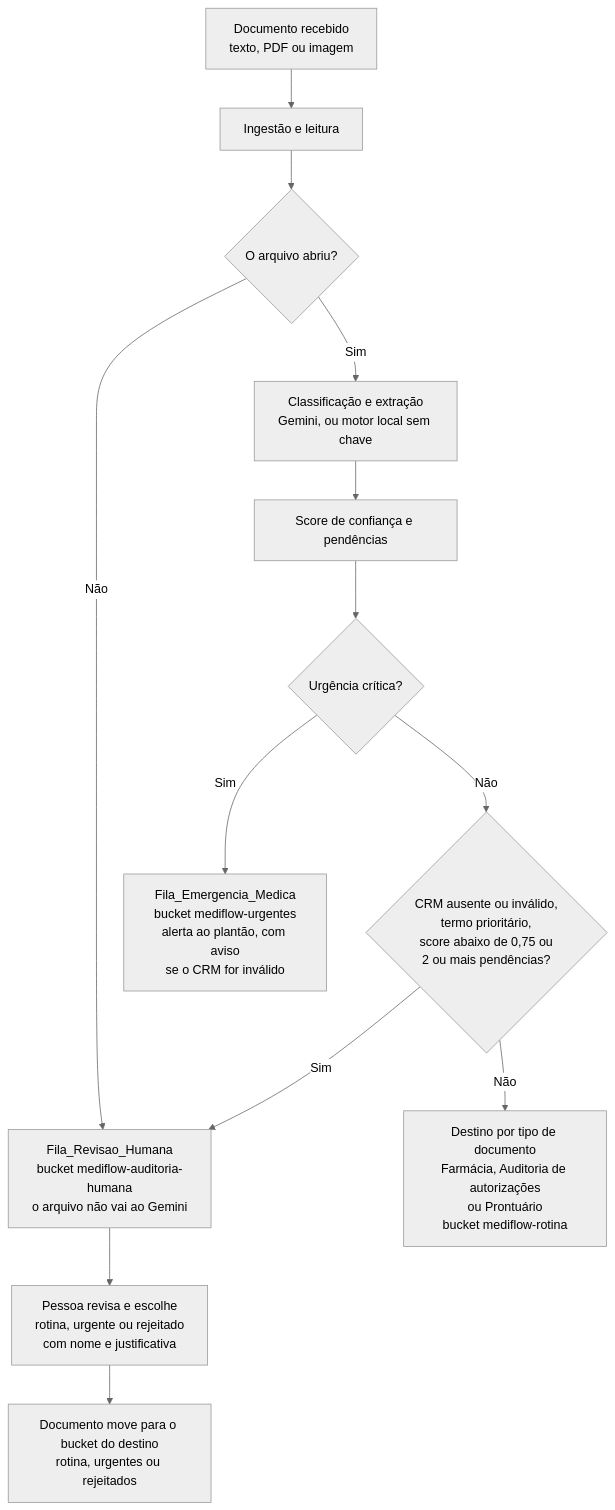
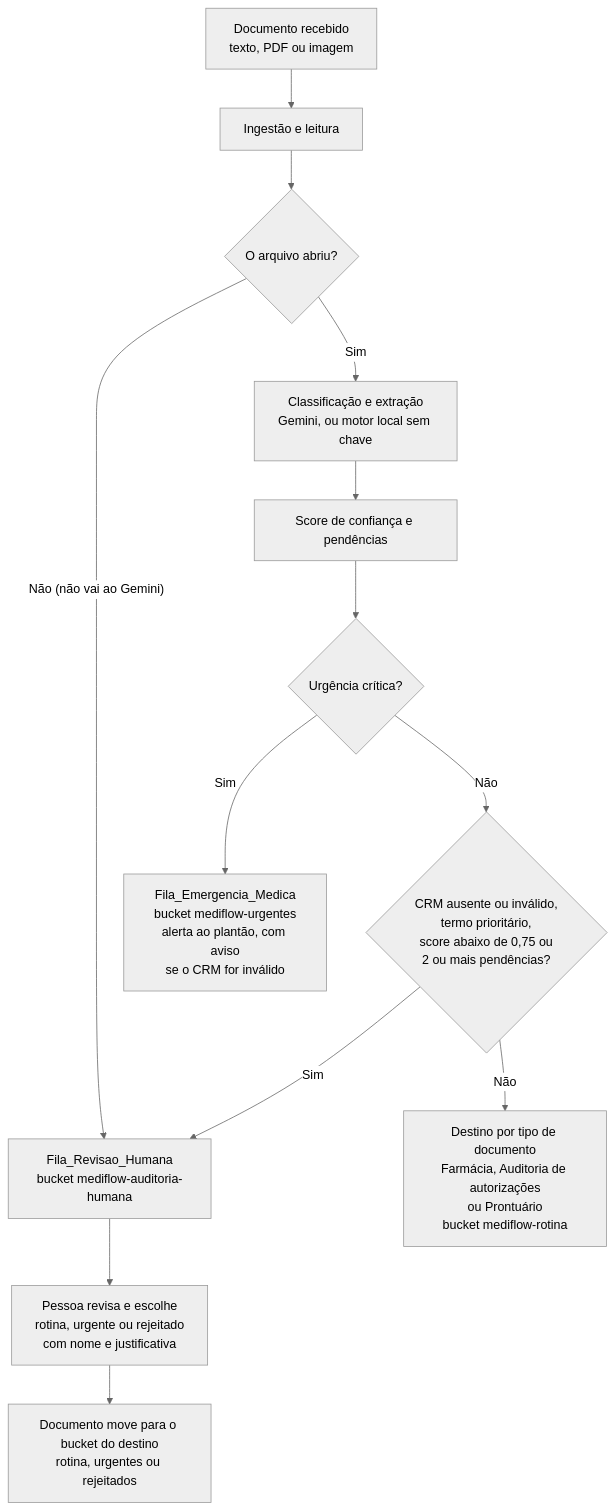
One commit to AndreTeixeir/mediflow-hackathon-one changed the second of 2 diagrams in README.md. Above: the diagram before and after it, drawn with Mermaid (neutral theme). The commit also changed 1 other file, not shown here.

Commit message:
fix(docs): ajustes finais de fluxo e chave por ambiente

````diff
--- a/README.md
+++ b/README.md
@@ -144,15 +144,15 @@
 ```mermaid
 flowchart TD
     A["Documento recebido<br/>texto, PDF ou imagem"] --> B["Ingestão e leitura"]
     B --> C{"O arquivo abriu?"}
-    C -->|"Não"| R["Fila_Revisao_Humana<br/>bucket mediflow-auditoria-humana<br/>o arquivo não vai ao Gemini"]
+    C -->|"Não (não vai ao Gemini)"| R["Fila_Revisao_Humana<br/>bucket mediflow-auditoria-humana"]
     C -->|"Sim"| D["Classificação e extração<br/>Gemini, ou motor local sem chave"]
     D --> E["Score de confiança e pendências"]
     E --> F{"Urgência crítica?"}
     F -->|"Sim"| U["Fila_Emergencia_Medica<br/>bucket mediflow-urgentes<br/>alerta ao plantão, com aviso<br/>se o CRM for inválido"]
     F -->|"Não"| G{"CRM ausente ou inválido,<br/>termo prioritário,<br/>score abaixo de 0,75 ou<br/>2 ou mais pendências?"}
     G -->|"Sim"| R
     G -->|"Não"| H["Destino por tipo de documento<br/>Farmácia, Auditoria de autorizações<br/>ou Prontuário<br/>bucket mediflow-rotina"]
     R --> I["Pessoa revisa e escolhe<br/>rotina, urgente ou rejeitado<br/>com nome e justificativa"]
     I --> J["Documento move para o bucket do destino<br/>rotina, urgentes ou rejeitados"]
 ```
````
